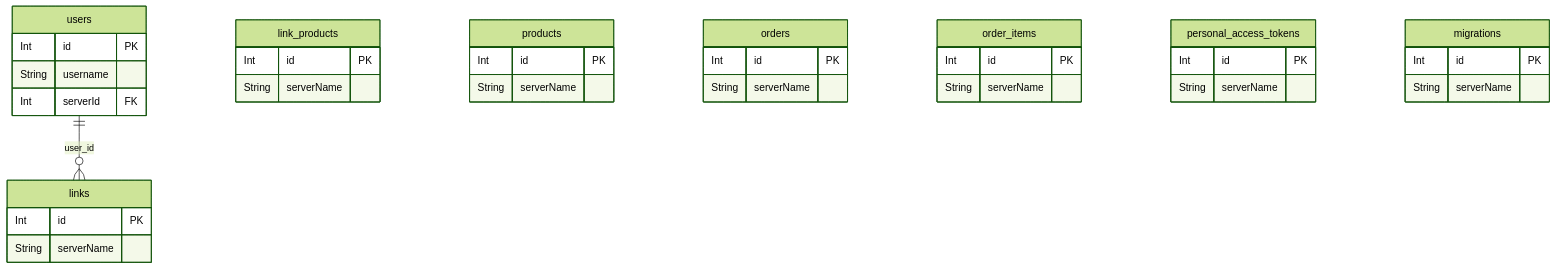
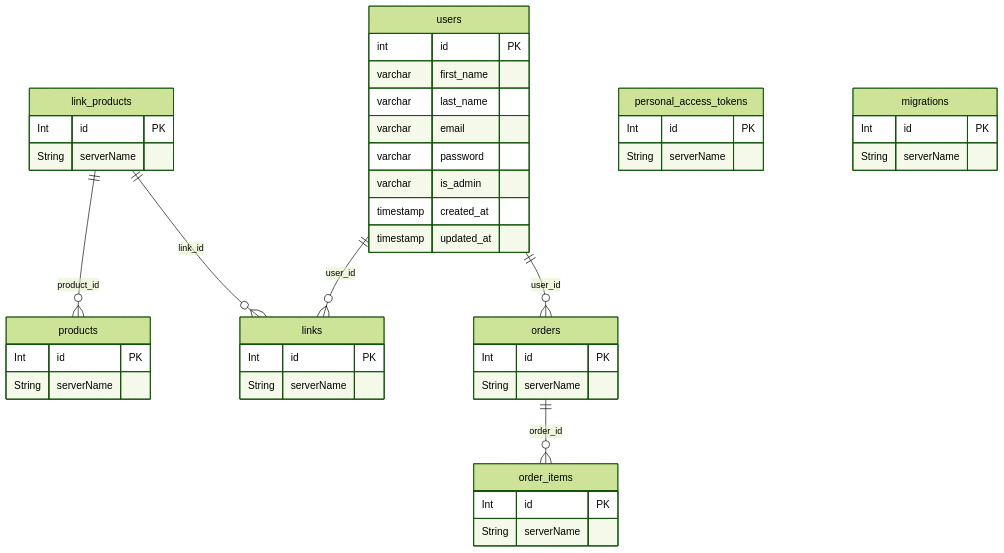
One commit to devkiloton/laravel-ambassador changed the diagram in README.md. Above: the diagram before and after it, drawn with Mermaid (forest theme).

Commit message:
Creating first table

````diff
--- a/README.md
+++ b/README.md
@@ -39,45 +39,54 @@
 ```mermaid
 erDiagram
     users {
-        Int id PK
-        String username
-        Int serverId FK
+        int id PK
+        varchar first_name
+        varchar last_name
+        varchar email
+        varchar password
+        varchar is_admin
+        timestamp created_at
+        timestamp updated_at
     }
 
     links {
         Int id PK
         String serverName
     }
     
     link_products {
         Int id PK
         String serverName
     }
 
     products {
         Int id PK
         String serverName
     }
     
     orders {
         Int id PK
         String serverName
     }
 
     order_items {
         Int id PK
         String serverName
     }
     
     personal_access_tokens {
         Int id PK
         String serverName
     }
 
     migrations {
         Int id PK
         String serverName
     }
 
+    orders ||--o{ order_items : order_id
+    link_products ||--o{ products : product_id
+    link_products ||--o{ links: link_id
     users ||--o{ links : user_id
+    users ||--o{ orders : user_id
 ```
````
